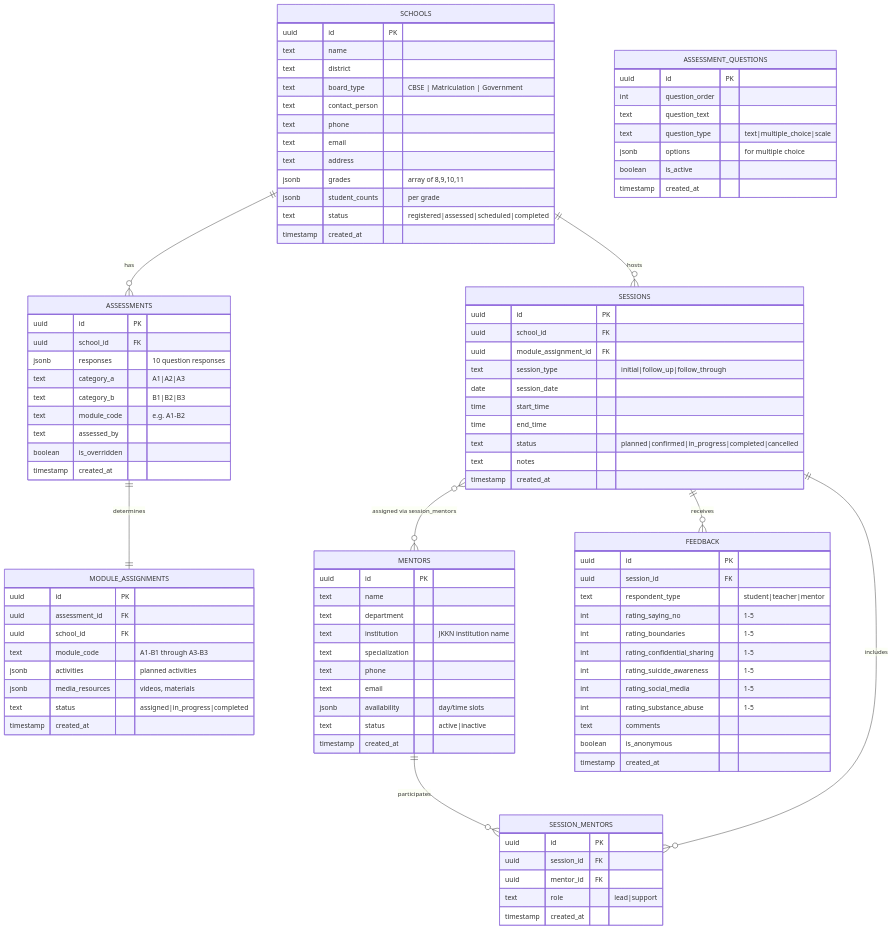
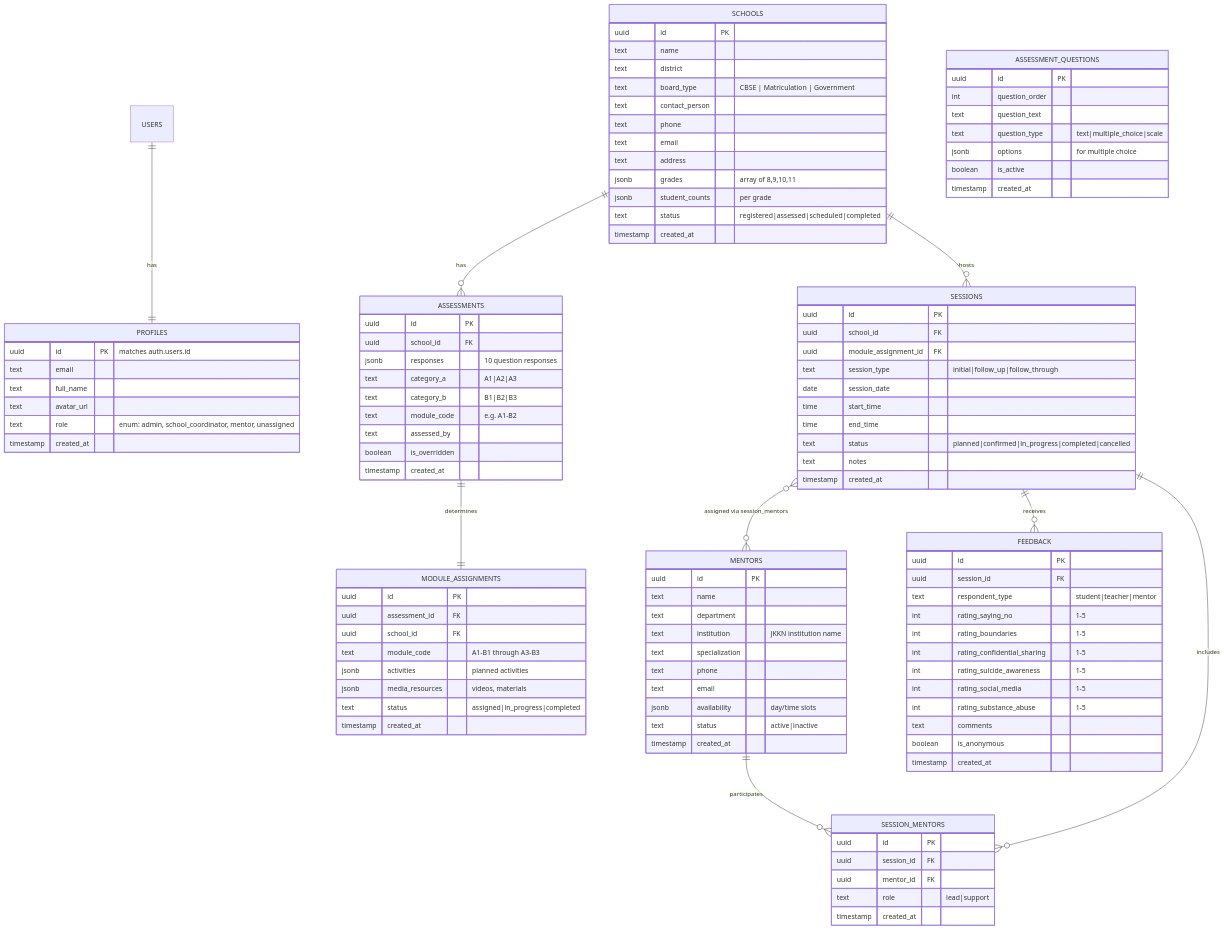
The second of 2 diagrams in implementation_plan.md (krishnabiochem85-cyber/yi-erode-1), drawn with Mermaid before and after one commit. The commit also changed other lines of this file and 18 other files, not shown here.

Commit message:
feat: implement RBAC, admin panel, route segregation, and role management

````diff
--- a/implementation_plan.md
+++ b/implementation_plan.md
@@ -137,5 +173,15 @@
 ```mermaid
 erDiagram
+    USERS ||--|| PROFILES : "has"
+    PROFILES {
+        uuid id PK "matches auth.users.id"
+        text email
+        text full_name
+        text avatar_url
+        text role "enum: admin, school_coordinator, mentor, unassigned"
+        timestamp created_at
+    }
+
     SCHOOLS ||--o{ ASSESSMENTS : "has"
     SCHOOLS ||--o{ SESSIONS : "hosts"
     ASSESSMENTS ||--|| MODULE_ASSIGNMENTS : "determines"
@@ -143,6 +189,7 @@
     SESSIONS ||--o{ FEEDBACK : "receives"
     MENTORS ||--o{ SESSION_MENTORS : "participates"
     SESSIONS ||--o{ SESSION_MENTORS : "includes"
+
 
     SCHOOLS {
         uuid id PK
````
